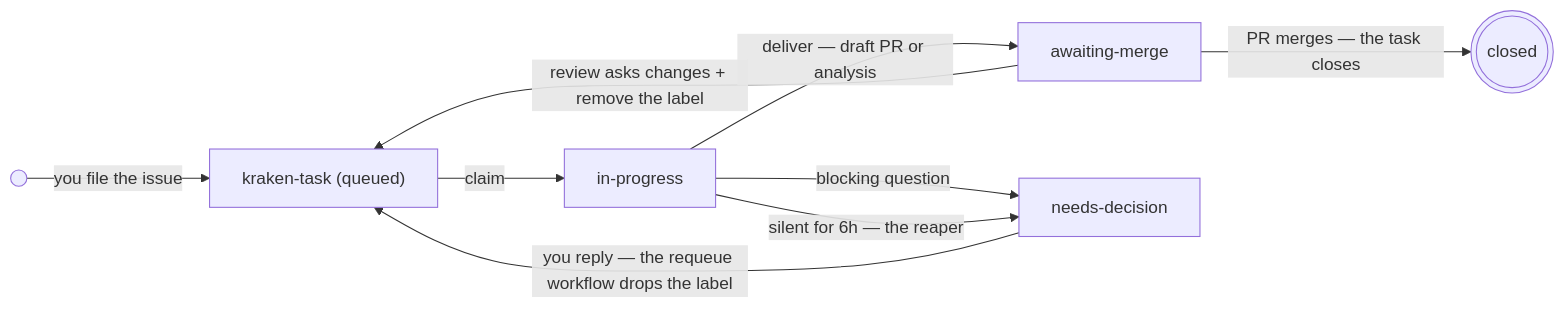
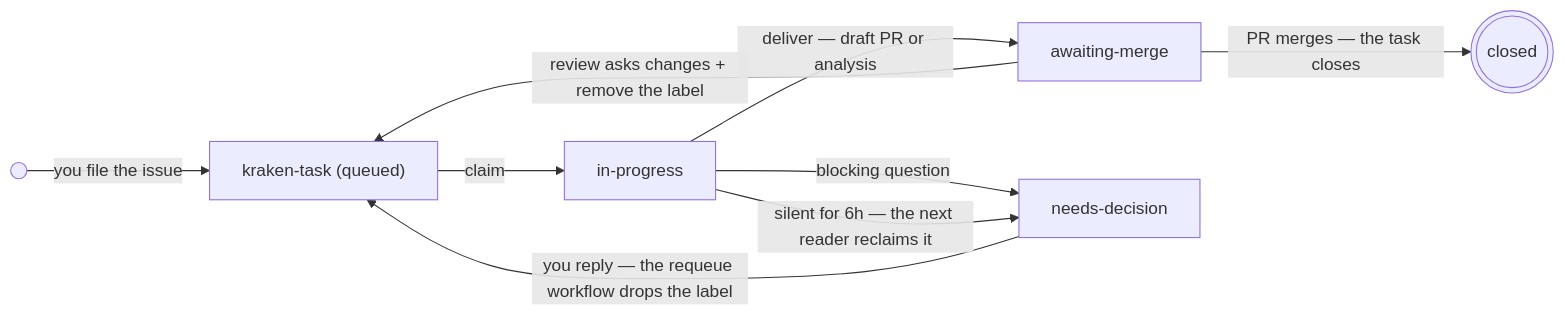
Before and after one commit to rafael-adcp/kraken: the diagram in README.md, drawn with Mermaid. The commit also changed other lines of this file and 18 other files, not shown here.

````diff
--- a/README.md
+++ b/README.md
@@ -128,11 +128,11 @@
 ```mermaid
 flowchart LR
     S((" ")) -->|you file the issue| Q["kraken-task (queued)"]
     Q -->|claim| P[in-progress]
     P -->|deliver — draft PR or analysis| M[awaiting-merge]
     P -->|blocking question| D[needs-decision]
-    P -->|silent for 6h — the reaper| D
+    P -->|silent for 6h — the next reader reclaims it| D
     D -->|you reply — the requeue workflow drops the label| Q
     M -->|review asks changes + remove the label| Q
     M -->|PR merges — the task closes| E(((closed)))
 ```
````
